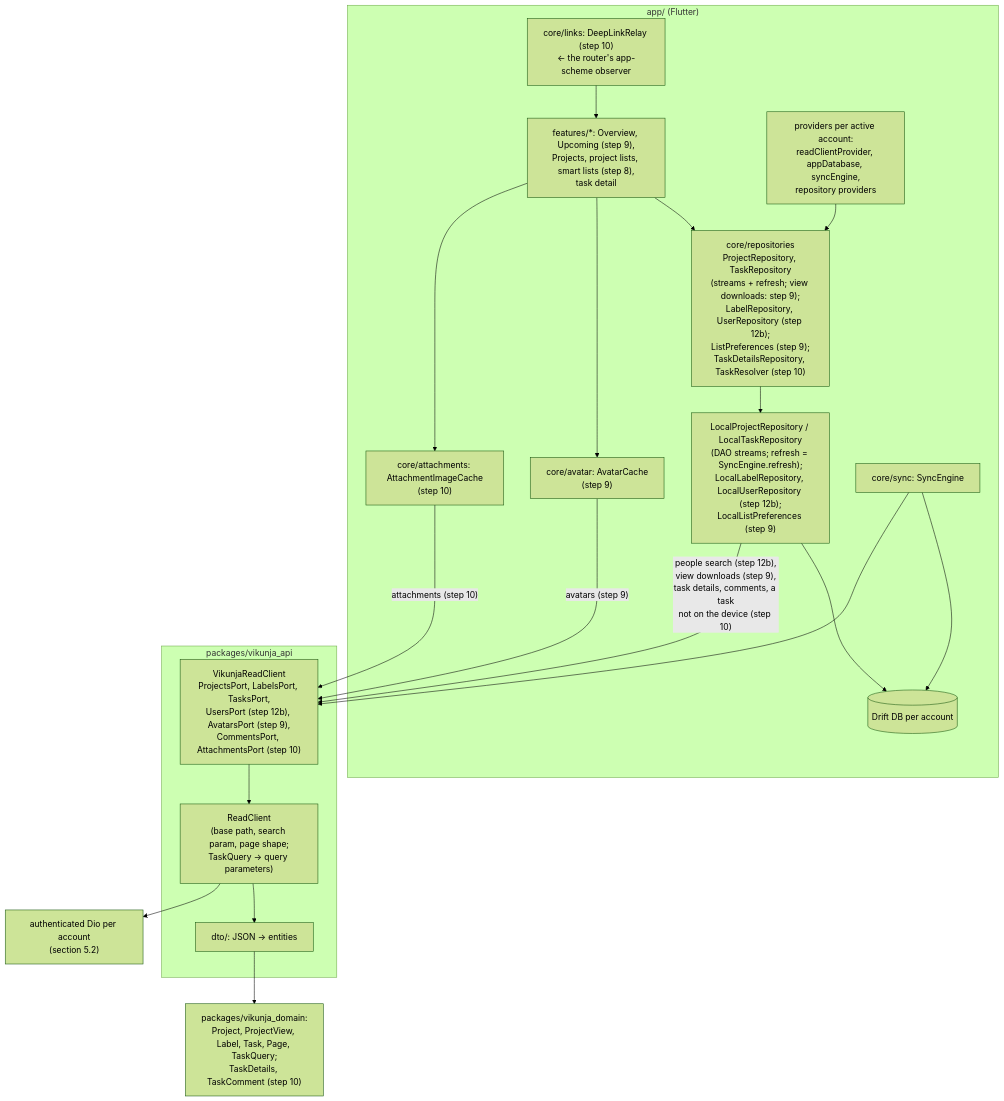
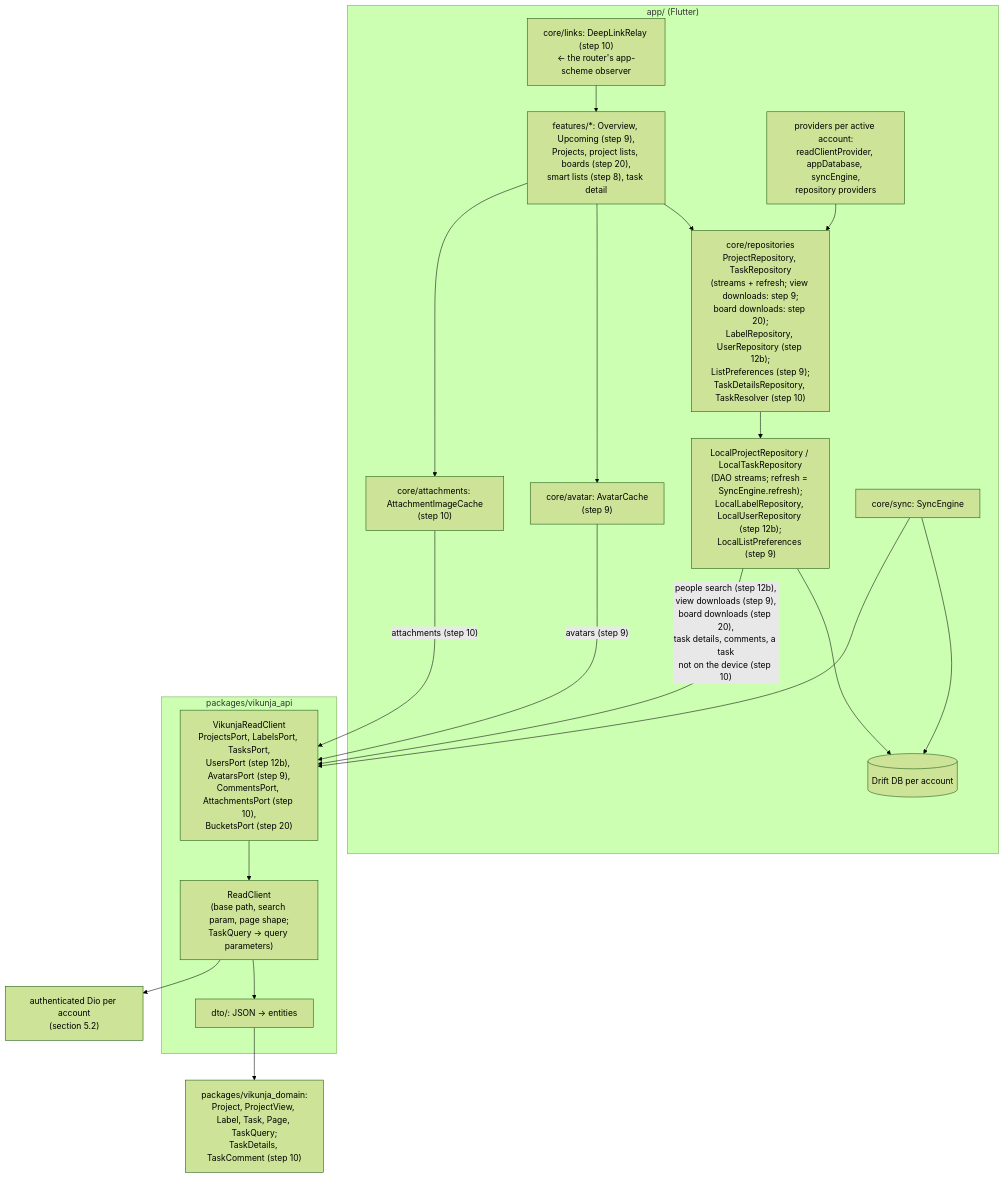
The fifth of 12 diagrams in docs/architecture.md (coderoftime/vikunja-app-ci-test), drawn with Mermaid (forest theme) before and after one commit. The commit also changed other lines of this file and 100 other files, not shown here.

````diff
--- a/docs/architecture.md
+++ b/docs/architecture.md
@@ -422,23 +427,23 @@
 ```mermaid
 flowchart TD
   subgraph APP["app/ (Flutter)"]
-    UI["features/*: Overview, Upcoming (step 9),<br/>Projects, project lists, smart lists (step 8),<br/>task detail"] --> REPO["core/repositories<br/>ProjectRepository, TaskRepository<br/>(streams + refresh; view downloads: step 9);<br/>LabelRepository, UserRepository (step 12b);<br/>ListPreferences (step 9);<br/>TaskDetailsRepository, TaskResolver (step 10)"]
+    UI["features/*: Overview, Upcoming (step 9),<br/>Projects, project lists, boards (step 20),<br/>smart lists (step 8), task detail"] --> REPO["core/repositories<br/>ProjectRepository, TaskRepository<br/>(streams + refresh; view downloads: step 9;<br/>board downloads: step 20);<br/>LabelRepository, UserRepository (step 12b);<br/>ListPreferences (step 9);<br/>TaskDetailsRepository, TaskResolver (step 10)"]
     UI --> AVATARS["core/avatar: AvatarCache<br/>(step 9)"]
     UI --> IMAGES["core/attachments: AttachmentImageCache<br/>(step 10)"]
     LINKS["core/links: DeepLinkRelay (step 10)<br/>← the router's app-scheme observer"] --> UI
     PROV["providers per active account:<br/>readClientProvider, appDatabase, syncEngine,<br/>repository providers"] --> REPO
     REPO --> LOCAL["LocalProjectRepository / LocalTaskRepository<br/>(DAO streams; refresh = SyncEngine.refresh);<br/>LocalLabelRepository, LocalUserRepository (step 12b);<br/>LocalListPreferences (step 9)"]
     LOCAL --> DB[("Drift DB per account")]
     SYNC["core/sync: SyncEngine"] --> DB
   end
   subgraph API["packages/vikunja_api"]
-    PORTS["VikunjaReadClient<br/>ProjectsPort, LabelsPort, TasksPort,<br/>UsersPort (step 12b), AvatarsPort (step 9),<br/>CommentsPort, AttachmentsPort (step 10)"] --> RC["ReadClient<br/>(base path, search param, page shape;<br/>TaskQuery → query parameters)"]
+    PORTS["VikunjaReadClient<br/>ProjectsPort, LabelsPort, TasksPort,<br/>UsersPort (step 12b), AvatarsPort (step 9),<br/>CommentsPort, AttachmentsPort (step 10),<br/>BucketsPort (step 20)"] --> RC["ReadClient<br/>(base path, search param, page shape;<br/>TaskQuery → query parameters)"]
     RC --> DTO["dto/: JSON → entities"]
   end
   SYNC --> PORTS
-  LOCAL -- "people search (step 12b),<br/>view downloads (step 9),<br/>task details, comments, a task<br/>not on the device (step 10)" --> PORTS
+  LOCAL -- "people search (step 12b),<br/>view downloads (step 9),<br/>board downloads (step 20),<br/>task details, comments, a task<br/>not on the device (step 10)" --> PORTS
   AVATARS -- "avatars (step 9)" --> PORTS
   IMAGES -- "attachments (step 10)" --> PORTS
   RC --> DIO["authenticated Dio per account<br/>(section 5.2)"]
   DTO --> DOM["packages/vikunja_domain:<br/>Project, ProjectView, Label, Task, Page, TaskQuery;<br/>TaskDetails, TaskComment (step 10)"]
 ```
````
